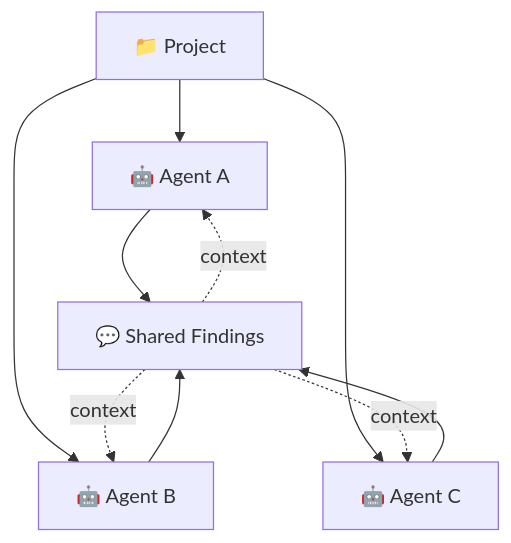
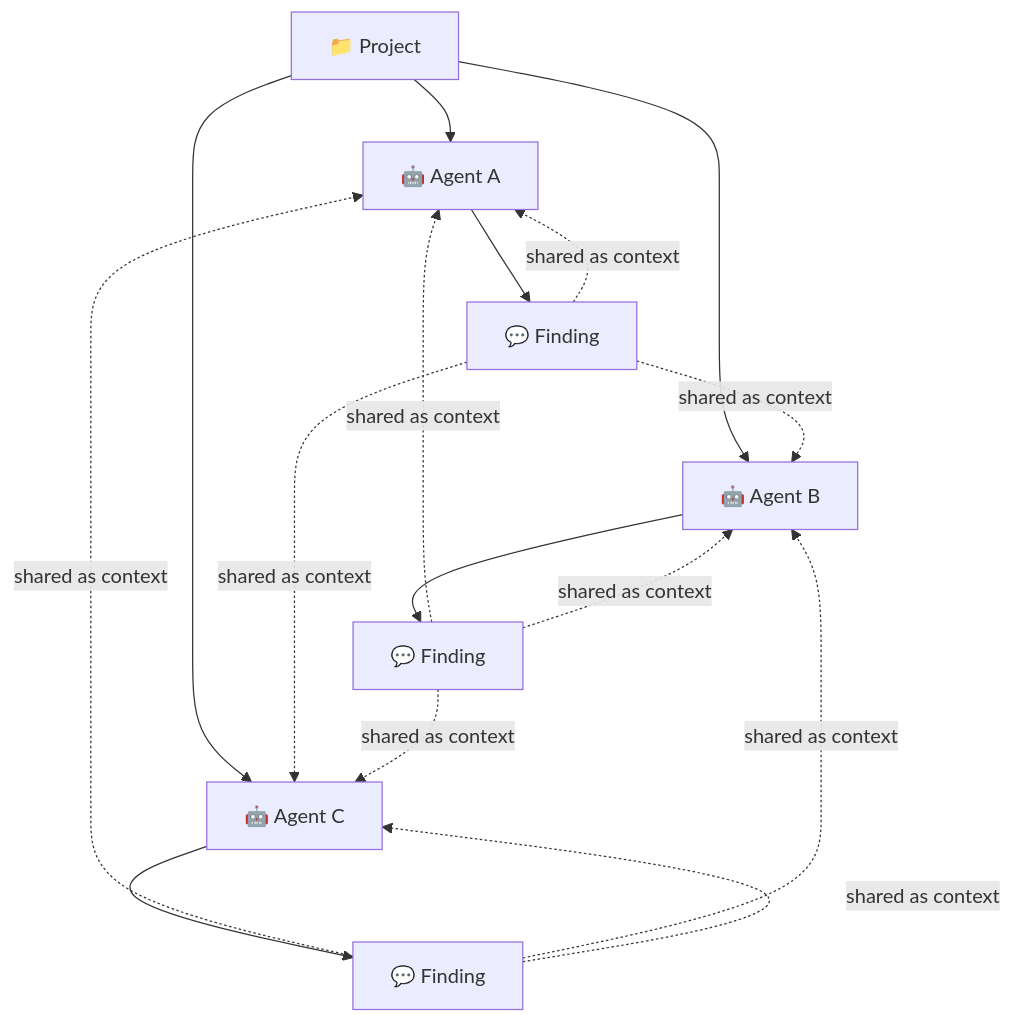
The third of 5 diagrams in README.md (nick-pape/grackle), drawn with Mermaid before and after one commit. The commit also changed other lines of this file, not shown here.

Commit message:
Polish README: add post-v1.0 legend, fix diagrams, clarify roadmap tiers

````diff
--- a/README.md
+++ b/README.md
@@ -45,7 +45,9 @@
 ```mermaid
 graph TD
     P["📁 Project"]
     P --> A1["🤖 Agent A"] & A2["🤖 Agent B"] & A3["🤖 Agent C"]
-    A1 & A2 & A3 --> F["💬 Shared Findings"]
-    F -. context .-> A1 & A2 & A3
+    A1 --> FA["💬 Finding"]
+    A2 --> FB["💬 Finding"]
+    A3 --> FC["💬 Finding"]
+    FA & FB & FC -. shared as context .-> A1 & A2 & A3
 ```
````
